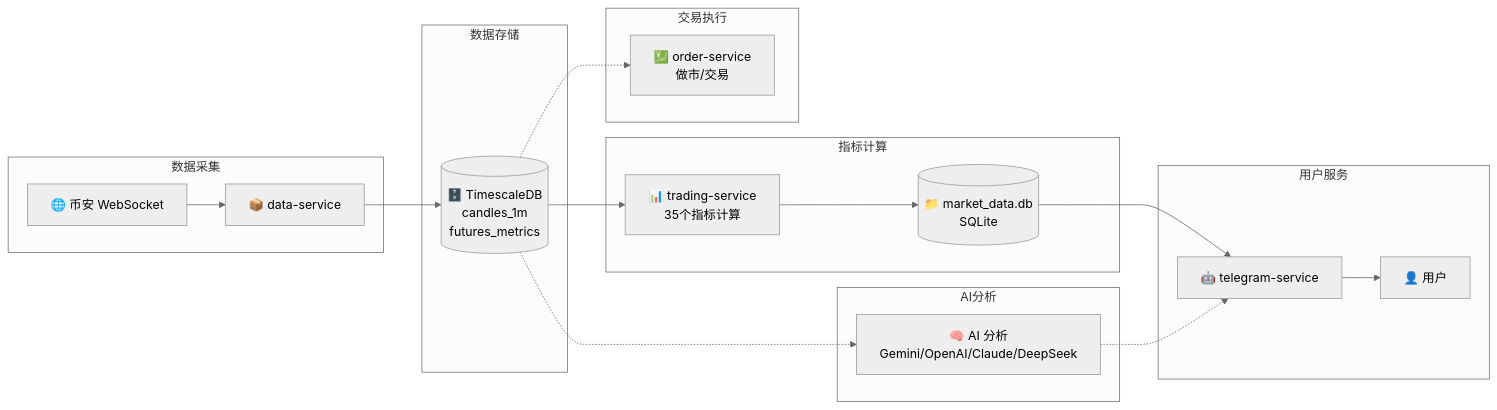
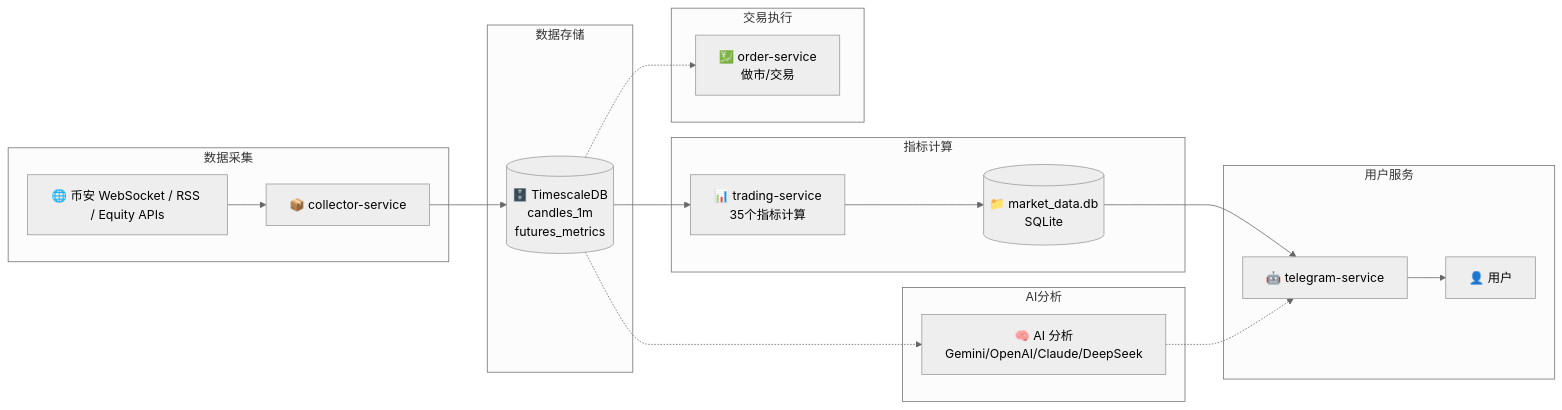
The second of 2 diagrams in README.md (laibao-ai-token/tradeagnt), drawn with Mermaid (neutral theme) before and after one commit. The commit also changed other lines of this file and 620 other files, not shown here.

First line of the commit message:
chore: archive data-service and markets-service, consolidate to collector-service

````diff
--- a/README.md
+++ b/README.md
@@ -596,29 +597,29 @@
 ```mermaid
 graph LR
     subgraph 数据采集
-        A["🌐 币安 WebSocket"] --> B["📦 data-service"]
+        A["🌐 币安 WebSocket / RSS / Equity APIs"] --> B["📦 collector-service"]
     end
     
     subgraph 数据存储
         B --> C[("🗄️ TimescaleDB<br>candles_1m<br>futures_metrics")]
     end
     
     subgraph 指标计算
         C --> D["📊 trading-service<br>35个指标计算"]
         D --> E[("📁 market_data.db<br>SQLite")]
     end
     
     subgraph 用户服务
         E --> F["🤖 telegram-service"]
         F --> G["👤 用户"]
     end
     
     subgraph AI分析
         C -.-> H["🧠 AI 分析<br>Gemini/OpenAI/Claude/DeepSeek"]
         H -.-> F
     end
     
     subgraph 交易执行
         C -.-> I["💹 order-service<br>做市/交易"]
     end
 ```
````
